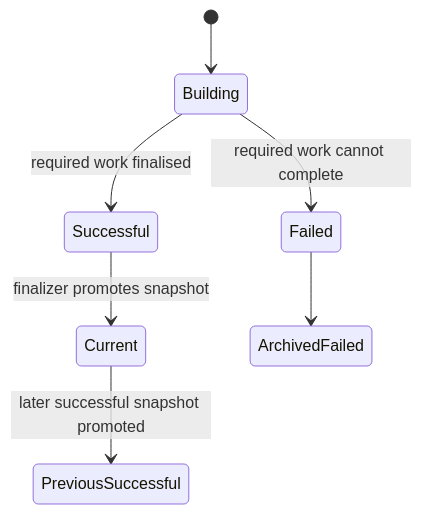
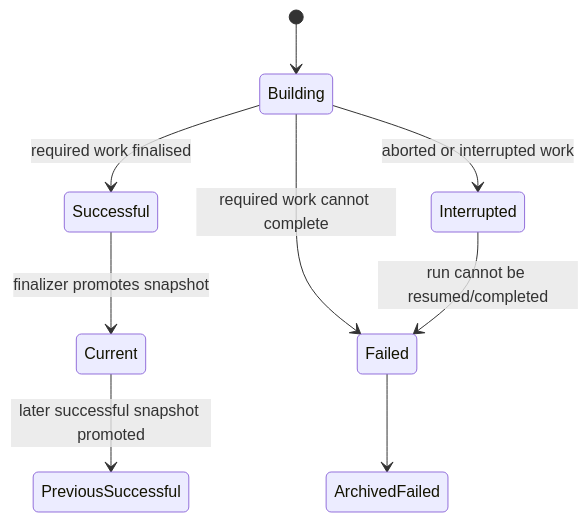
The eighth of 8 diagrams in docs/ARCHITECTURE.md (vikascohen/Salesforce-ER-Modeller-Studio), drawn with Mermaid before and after one commit. The commit also changed other lines of this file, not shown here.

Commit message:
Clarify architecture boundaries, evidence limits and DSL model

````diff
--- a/docs/ARCHITECTURE.md
+++ b/docs/ARCHITECTURE.md
@@ -328,9 +340,11 @@
 ```mermaid
 stateDiagram-v2
     [*] --> Building
     Building --> Successful: required work finalised
     Building --> Failed: required work cannot complete
+    Building --> Interrupted: aborted or interrupted work
+    Interrupted --> Failed: run cannot be resumed/completed
     Successful --> Current: finalizer promotes snapshot
     Failed --> ArchivedFailed
     Current --> PreviousSuccessful: later successful snapshot promoted
 ```
````
